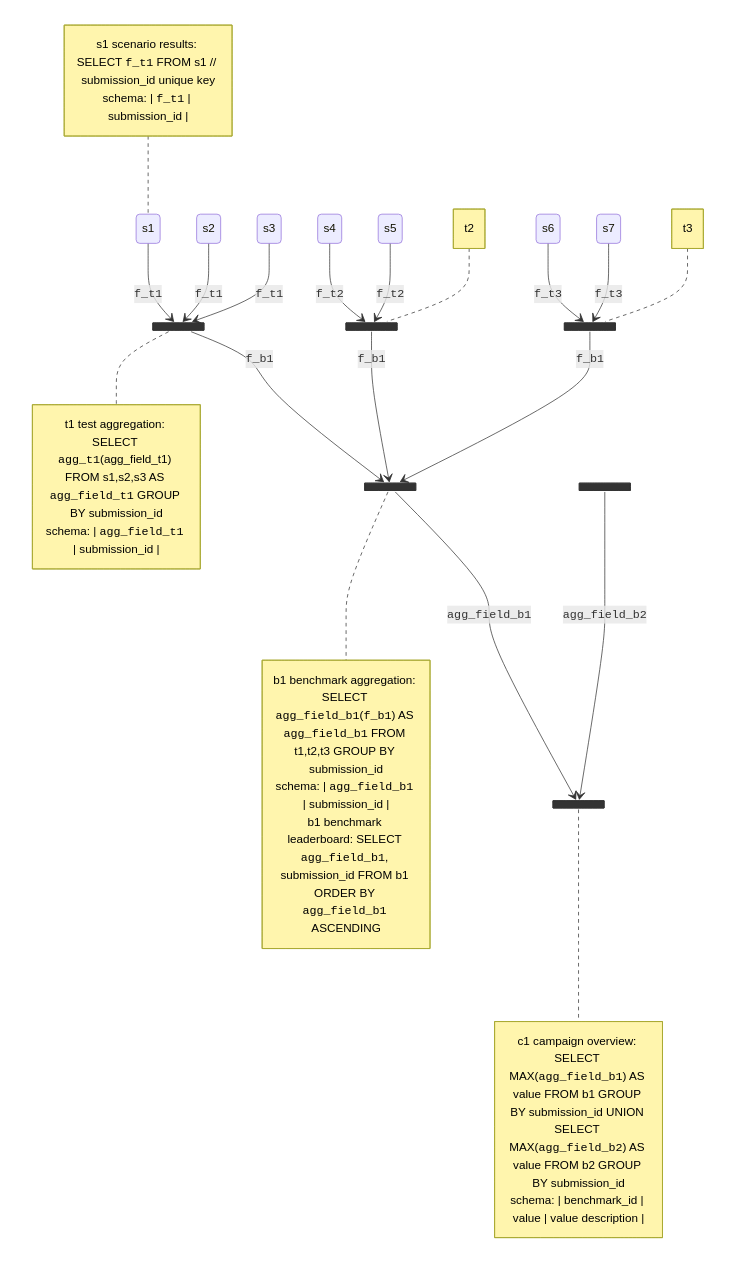
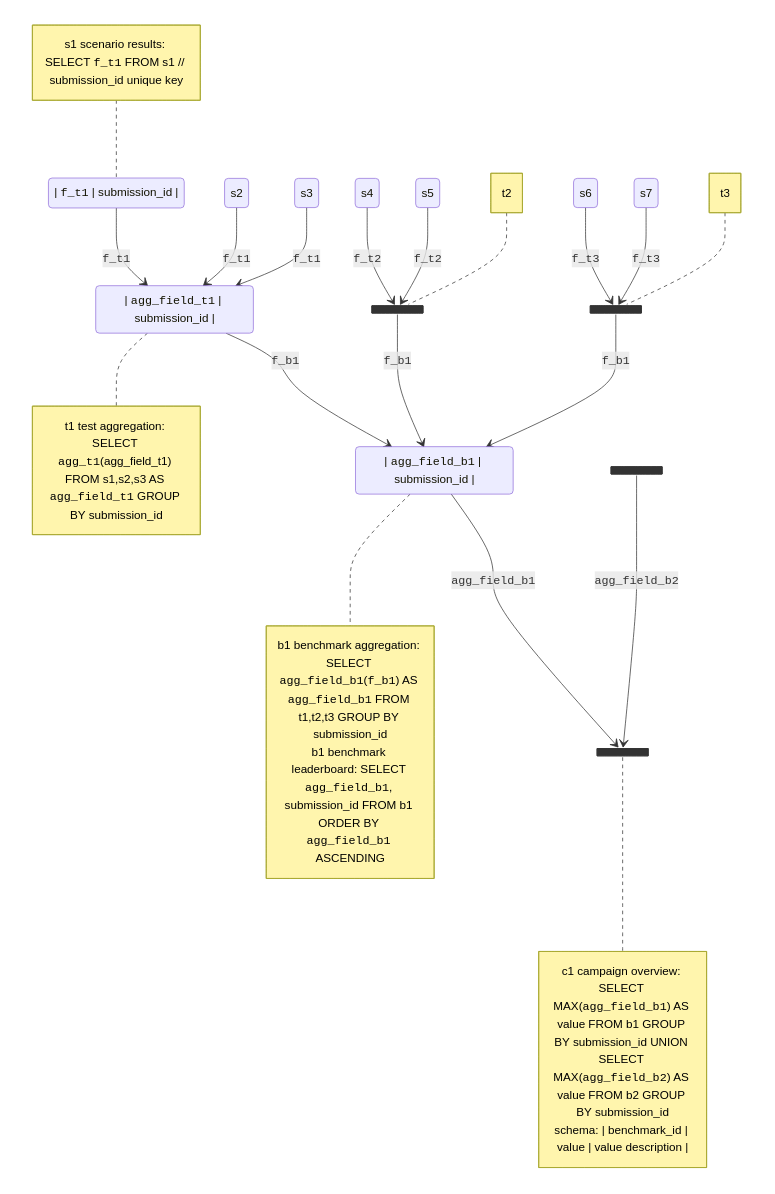
Before and after one commit to flatland-association/flatland-benchmarks: the second of 14 diagrams in docs/ARCHITECTURE.md, drawn with Mermaid.

Commit message:
Improved pseudo-SQL.

````diff
--- a/docs/ARCHITECTURE.md
+++ b/docs/ARCHITECTURE.md
@@ -411,44 +411,45 @@
 ```mermaid
 stateDiagram-v2
   state t1 <<join>>
   state t2 <<join>>
   state t3 <<join>>
   state b1 <<join>>
   state b2 <<join>>
   state c1 <<join>>
+  state "| <code>f_t1</code> | submission_id |" as s1
+  state "| <code>agg_field_t1</code> | submission_id |" as t1
+  state "| <code>agg_field_b1</code> | submission_id |" as b1
   s1 --> t1: <code>f_t1</code>
   note left of s1
     s1 scenario results: SELECT <code>f_t1</code> FROM s1 // submission_id unique key
-    schema: | <code>f_t1</code> | submission_id |
   end note
+  
   s2 --> t1: <code>f_t1</code>
   s3 --> t1: <code>f_t1</code>
   s4 --> t2: <code>f_t2</code>
   s5 --> t2: <code>f_t2</code>
   s6 --> t3: <code>f_t3</code>
   s7 --> t3: <code>f_t3</code>
   t1 --> b1: <code>f_b1</code>
   t2 --> b1: <code>f_b1</code>
   t3 --> b1: <code>f_b1</code>
   note right of t1
     t1 test aggregation: SELECT <code>agg_t1</code>(agg_field_t1) FROM s1,s2,s3 AS <code>agg_field_t1</code> GROUP BY submission_id
-    schema: | <code>agg_field_t1</code> | submission_id |
   end note
   note left of t2
     t2
   end note
   note left of t3
     t3
   end note
   note right of b1
     b1 benchmark aggregation: SELECT <code>agg_field_b1</code>(<code>f_b1</code>) AS <code>agg_field_b1</code> FROM t1,t2,t3 GROUP BY submission_id
-    schema: | <code>agg_field_b1</code> | submission_id |
     b1 benchmark leaderboard: SELECT <code>agg_field_b1</code>, submission_id FROM b1 ORDER BY <code>agg_field_b1</code> ASCENDING
   end note
   b1 --> c1: <code>agg_field_b1</code>
   b2 --> c1: <code>agg_field_b2</code>
   note right of c1
     c1 campaign overview: SELECT MAX(<code>agg_field_b1</code>) AS value FROM b1 GROUP BY submission_id UNION SELECT MAX(<code>agg_field_b2</code>) AS value FROM b2 GROUP BY submission_id
     schema: | benchmark_id | value | value description |
   end note
 ```
````
